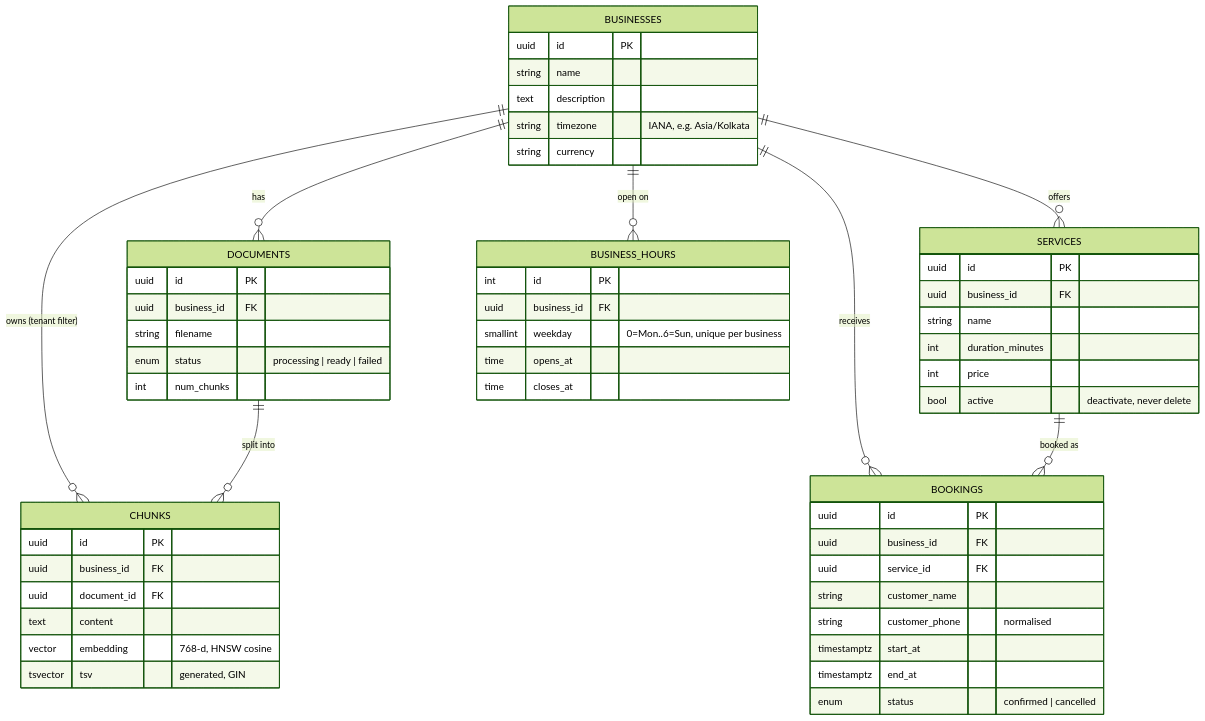
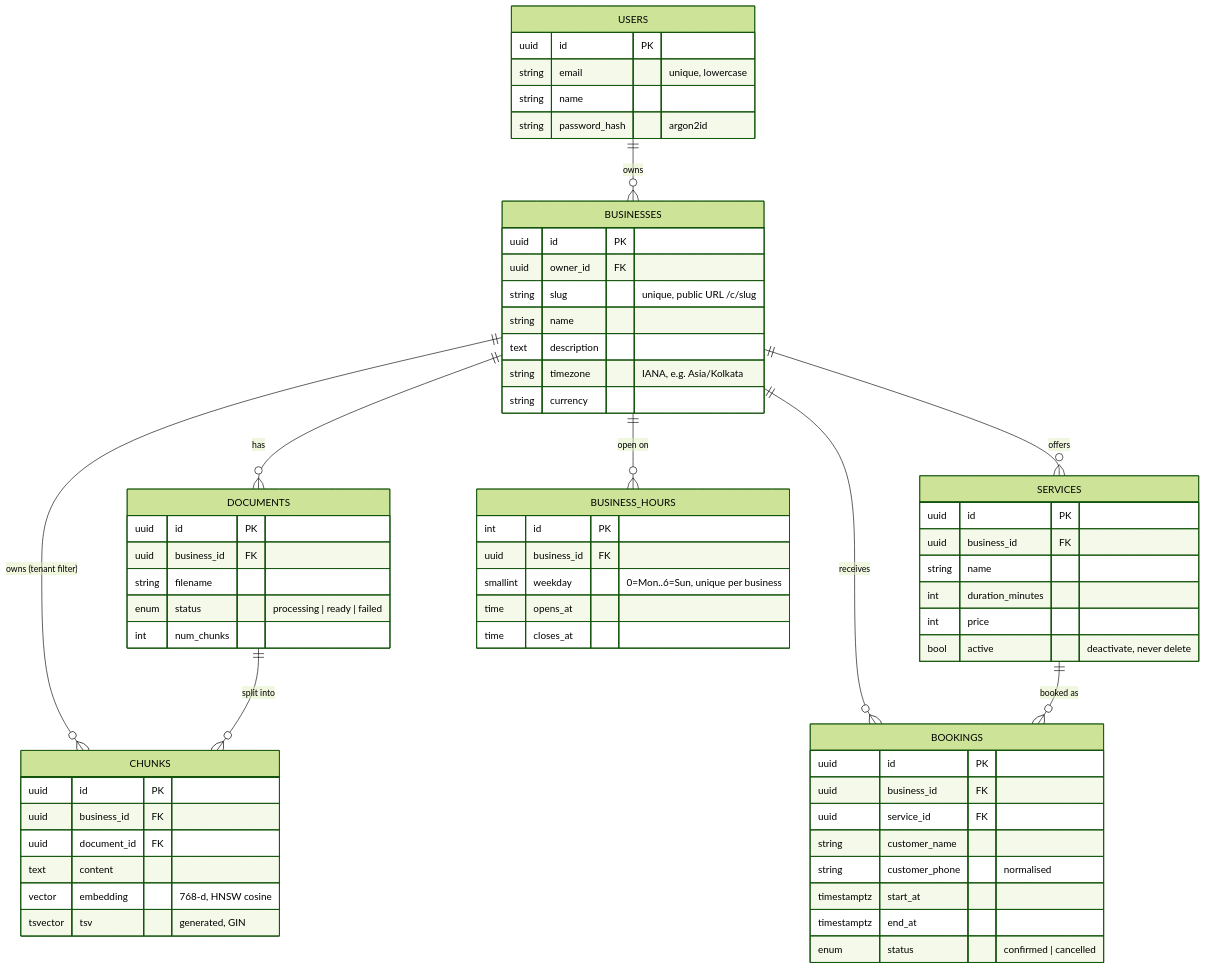
Before and after one commit to yash6388/voxdesk: the tenth of 10 diagrams in docs/ARCHITECTURE.md, drawn with Mermaid (forest theme). The commit also changed other lines of this file and 43 other files, not shown here.

````diff
--- a/docs/ARCHITECTURE.md
+++ b/docs/ARCHITECTURE.md
@@ -314,58 +314,67 @@
 ```mermaid
 erDiagram
+    USERS ||--o{ BUSINESSES : owns
     BUSINESSES ||--o{ DOCUMENTS : has
     BUSINESSES ||--o{ CHUNKS : "owns (tenant filter)"
     DOCUMENTS ||--o{ CHUNKS : "split into"
     BUSINESSES ||--o{ SERVICES : offers
     BUSINESSES ||--o{ BUSINESS_HOURS : "open on"
     BUSINESSES ||--o{ BOOKINGS : receives
     SERVICES ||--o{ BOOKINGS : "booked as"
 
+    USERS {
+        uuid id PK
+        string email "unique, lowercase"
+        string name
+        string password_hash "argon2id"
+    }
     BUSINESSES {
         uuid id PK
+        uuid owner_id FK
+        string slug "unique, public URL /c/slug"
         string name
         text description
         string timezone "IANA, e.g. Asia/Kolkata"
         string currency
     }
     DOCUMENTS {
         uuid id PK
         uuid business_id FK
         string filename
         enum status "processing | ready | failed"
         int num_chunks
     }
     CHUNKS {
         uuid id PK
         uuid business_id FK
         uuid document_id FK
         text content
         vector embedding "768-d, HNSW cosine"
         tsvector tsv "generated, GIN"
     }
     SERVICES {
         uuid id PK
         uuid business_id FK
         string name
         int duration_minutes
         int price
         bool active "deactivate, never delete"
     }
     BUSINESS_HOURS {
         int id PK
         uuid business_id FK
         smallint weekday "0=Mon..6=Sun, unique per business"
         time opens_at
         time closes_at
     }
     BOOKINGS {
         uuid id PK
         uuid business_id FK
         uuid service_id FK
         string customer_name
         string customer_phone "normalised"
         timestamptz start_at
         timestamptz end_at
         enum status "confirmed | cancelled"
     }
 ```
````
